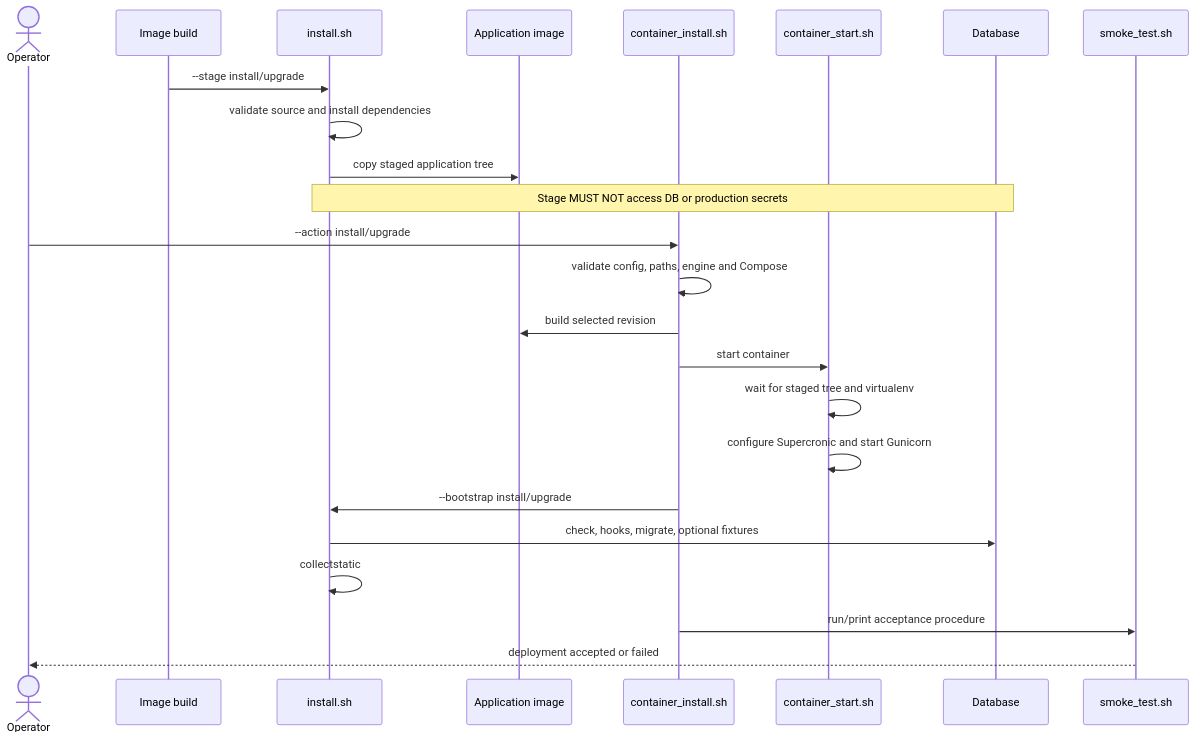
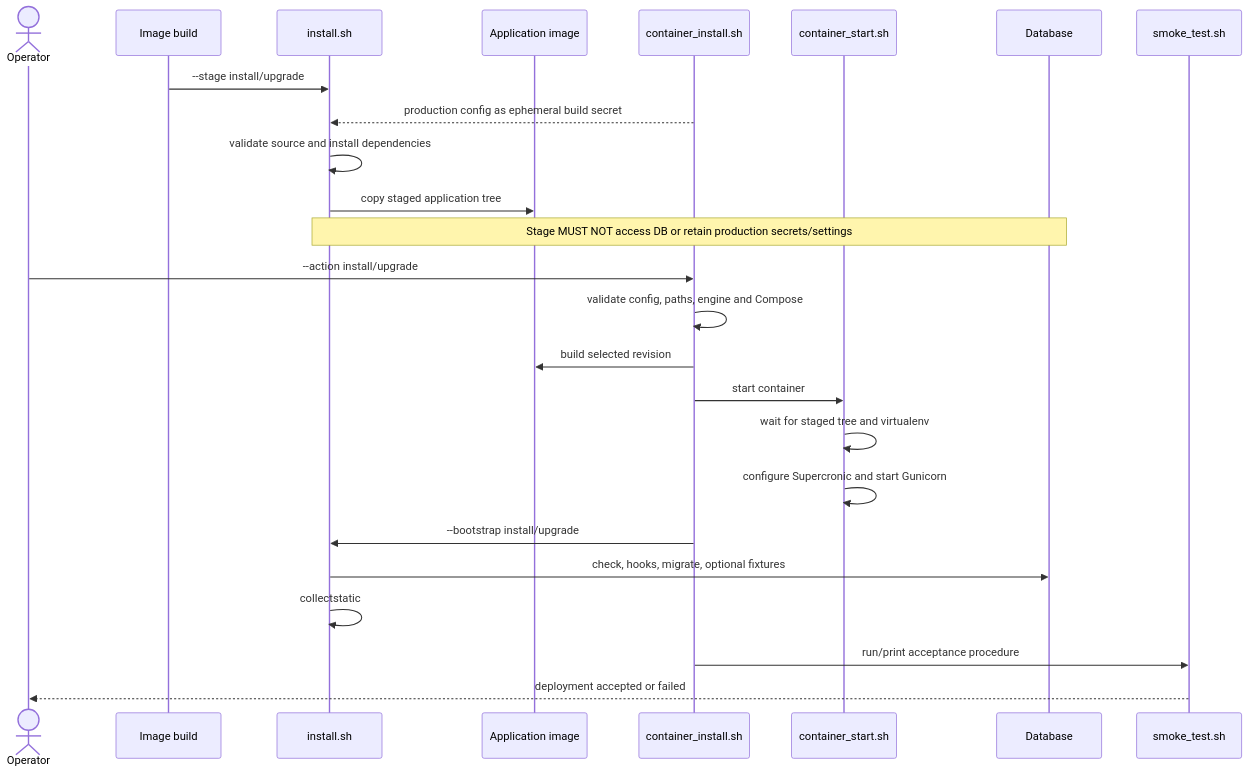
The third of 8 diagrams in standards/application-installation-contract.md (BU-ISCIII/buisciii-deployment-standards), drawn with Mermaid before and after one commit. The commit also changed other lines of this file and 3 other files, not shown here.

````diff
--- a/standards/application-installation-contract.md
+++ b/standards/application-installation-contract.md
@@ -225,28 +285,29 @@
 ```mermaid
 sequenceDiagram
     actor Operator
     participant CI as Image build
     participant Install as install.sh
     participant Image as Application image
     participant Orchestrator as container_install.sh
     participant Runtime as container_start.sh
     participant DB as Database
     participant Smoke as smoke_test.sh
 
     CI->>Install: --stage install/upgrade
+    Orchestrator-->>Install: production config as ephemeral build secret
     Install->>Install: validate source and install dependencies
     Install->>Image: copy staged application tree
-    Note over Install,DB: Stage MUST NOT access DB or production secrets
+    Note over Install,DB: Stage MUST NOT access DB or retain production secrets/settings
 
     Operator->>Orchestrator: --action install/upgrade
     Orchestrator->>Orchestrator: validate config, paths, engine and Compose
     Orchestrator->>Image: build selected revision
     Orchestrator->>Runtime: start container
     Runtime->>Runtime: wait for staged tree and virtualenv
     Runtime->>Runtime: configure Supercronic and start Gunicorn
     Orchestrator->>Install: --bootstrap install/upgrade
     Install->>DB: check, hooks, migrate, optional fixtures
     Install->>Install: collectstatic
     Orchestrator->>Smoke: run/print acceptance procedure
     Smoke-->>Operator: deployment accepted or failed
 ```
````
